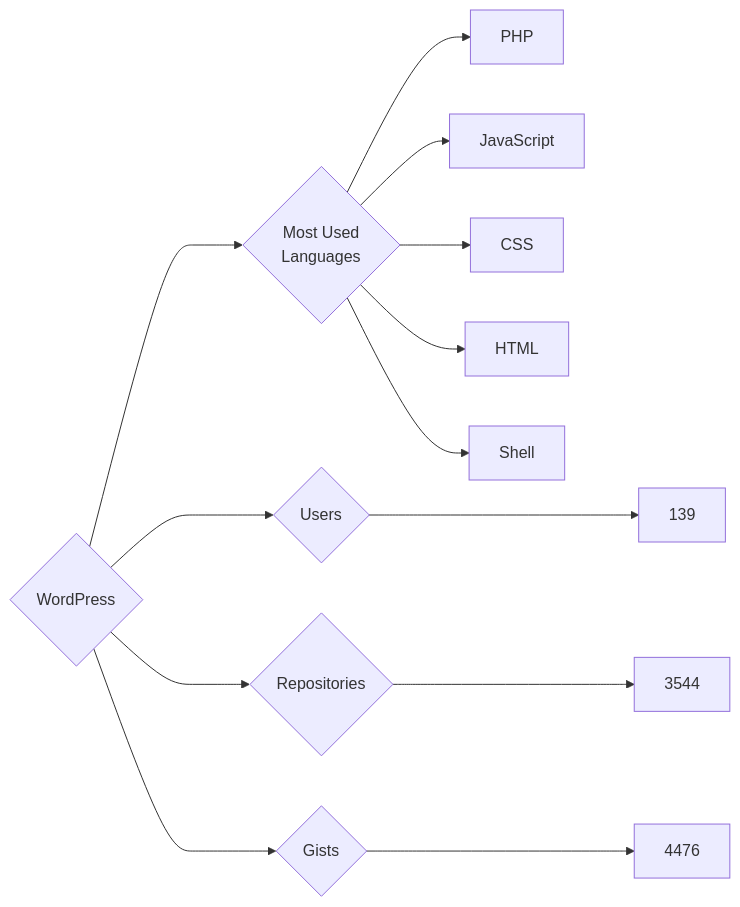
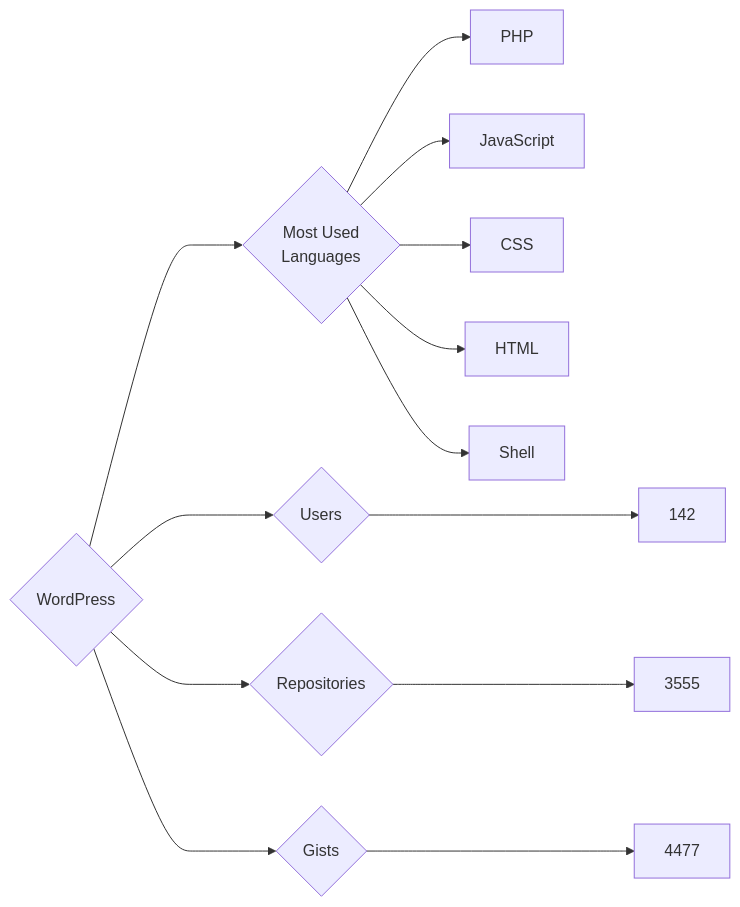
Before and after one commit to trickest/insiders: the diagram in targets/WordPress/README.md, drawn with Mermaid. The commit also changed 833 other files, not shown here.

````diff
--- a/targets/WordPress/README.md
+++ b/targets/WordPress/README.md
@@ -3,13 +3,13 @@
 ```mermaid
 graph LR
 COMPANY_NAME{WordPress}
-COMPANY_NAME ---> U{Users} ---> UN[139]
-COMPANY_NAME ---> R{Repositories} ---> RN[3544]
-COMPANY_NAME ---> G{Gists} ---> GN[4476]
+COMPANY_NAME ---> U{Users} ---> UN[142]
+COMPANY_NAME ---> R{Repositories} ---> RN[3555]
+COMPANY_NAME ---> G{Gists} ---> GN[4477]
 COMPANY_NAME ---> ML{Most Used<br>Languages}
 ML --> PHP[PHP]
 ML --> JavaScript[JavaScript]
 ML --> CSS[CSS]
 ML --> HTML[HTML]
 ML --> Shell[Shell]
 ```
````
